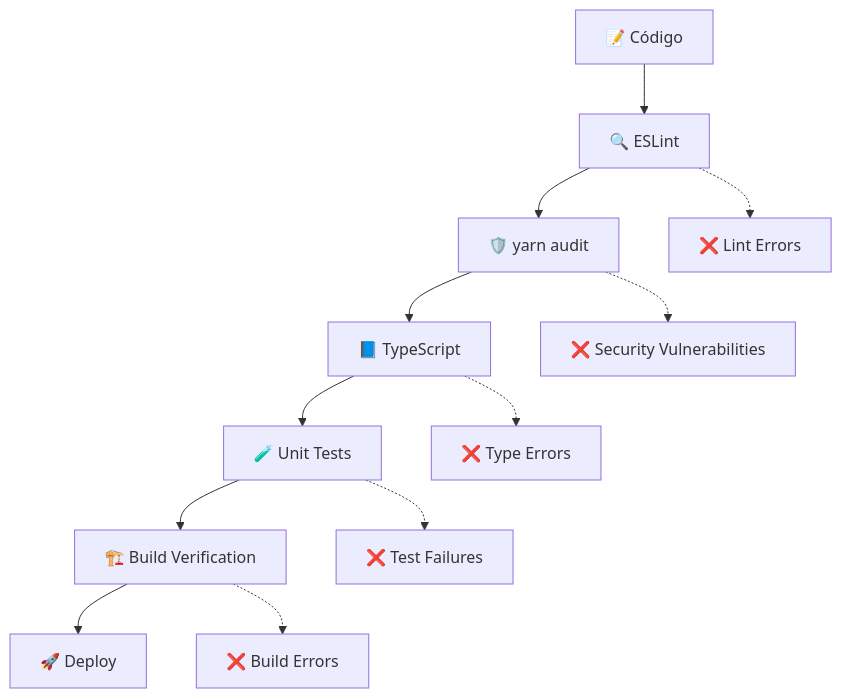
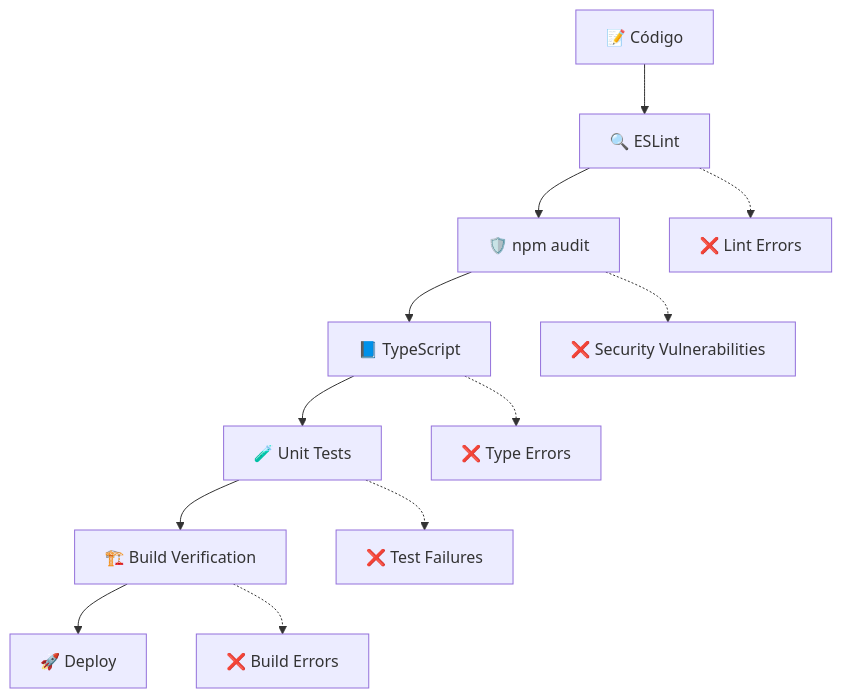
The eighth of 12 diagrams in docs/CI-CD.md (TellMeAlex/portfolio), drawn with Mermaid before and after one commit. The commit also changed other lines of this file and 13 other files, not shown here.

````diff
--- a/docs/CI-CD.md
+++ b/docs/CI-CD.md
@@ -218,15 +220,15 @@
 ```mermaid
 graph TD
     CODE[📝 Código] --> LINT[🔍 ESLint]
-    LINT --> AUDIT[🛡️ yarn audit]
+    LINT --> AUDIT[🛡️ npm audit]
     AUDIT --> TYPE[📘 TypeScript]
     TYPE --> TEST[🧪 Unit Tests]
     TEST --> BUILD[🏗️ Build Verification]
     BUILD --> DEPLOY[🚀 Deploy]
 
     LINT -.-> FAIL1[❌ Lint Errors]
     AUDIT -.-> FAIL2[❌ Security Vulnerabilities]
     TYPE -.-> FAIL3[❌ Type Errors]
     TEST -.-> FAIL4[❌ Test Failures]
     BUILD -.-> FAIL5[❌ Build Errors]
 ```
````
